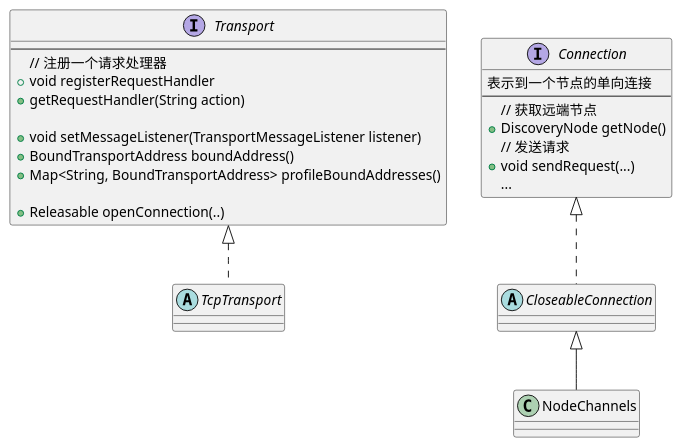
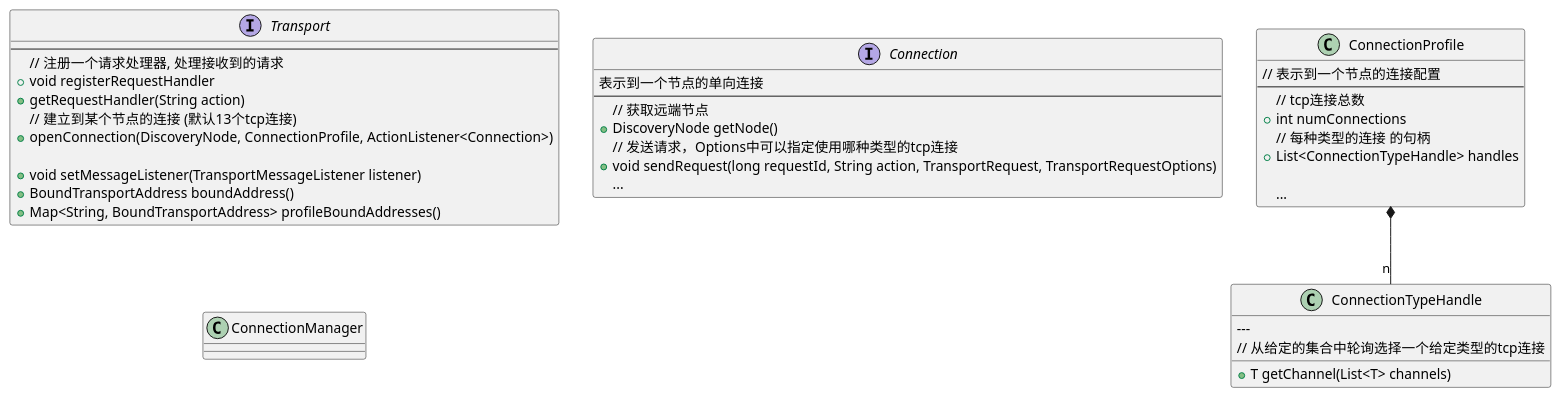
Before and after one commit to zouxiang1993/es7.2.1: the diagram in zx_notes/notes/transport包/Transport类图.puml, drawn with PlantUML. The commit also changed 7 other files, not shown here.

```diff
--- a/zx_notes/notes/transport包/Transport类图.puml
+++ b/zx_notes/notes/transport包/Transport类图.puml
@@ -1,35 +1,48 @@
 @startuml
 
 interface Transport {
     ---
-    // 注册一个请求处理器
+    // 注册一个请求处理器, 处理接收到的请求
     +void registerRequestHandler
     +getRequestHandler(String action)
+    // 建立到某个节点的连接 (默认13个tcp连接)
+    +openConnection(DiscoveryNode, ConnectionProfile, ActionListener<Connection>)
 
     +void setMessageListener(TransportMessageListener listener)
     +BoundTransportAddress boundAddress()
     +Map<String, BoundTransportAddress> profileBoundAddresses()
-
-    +Releasable openConnection(..)
-}
-
-abstract class TcpTransport implements Transport {
-
 }
 
 interface Connection{
     表示到一个节点的单向连接
     ---
     // 获取远端节点
     +DiscoveryNode getNode()
-    // 发送请求
-    +void sendRequest(...)
+    // 发送请求，Options中可以指定使用哪种类型的tcp连接
+    +void sendRequest(long requestId, String action, TransportRequest, TransportRequestOptions)
     ...
 }
 
-abstract class CloseableConnection implements Connection
+class ConnectionProfile {
+    // 表示到一个节点的连接配置
+    ---
+    // tcp连接总数
+    +int numConnections
+    // 每种类型的连接 的句柄
+    +List<ConnectionTypeHandle> handles
 
-class NodeChannels extends CloseableConnection{
+    ...
 }
 
+class ConnectionTypeHandle{
+
+    ---
+    // 从给定的集合中轮询选择一个给定类型的tcp连接
+    +T getChannel(List<T> channels)
+}
+
+class ConnectionManager {
+}
+
+ConnectionProfile *-- "n" ConnectionTypeHandle
 @enduml
```
